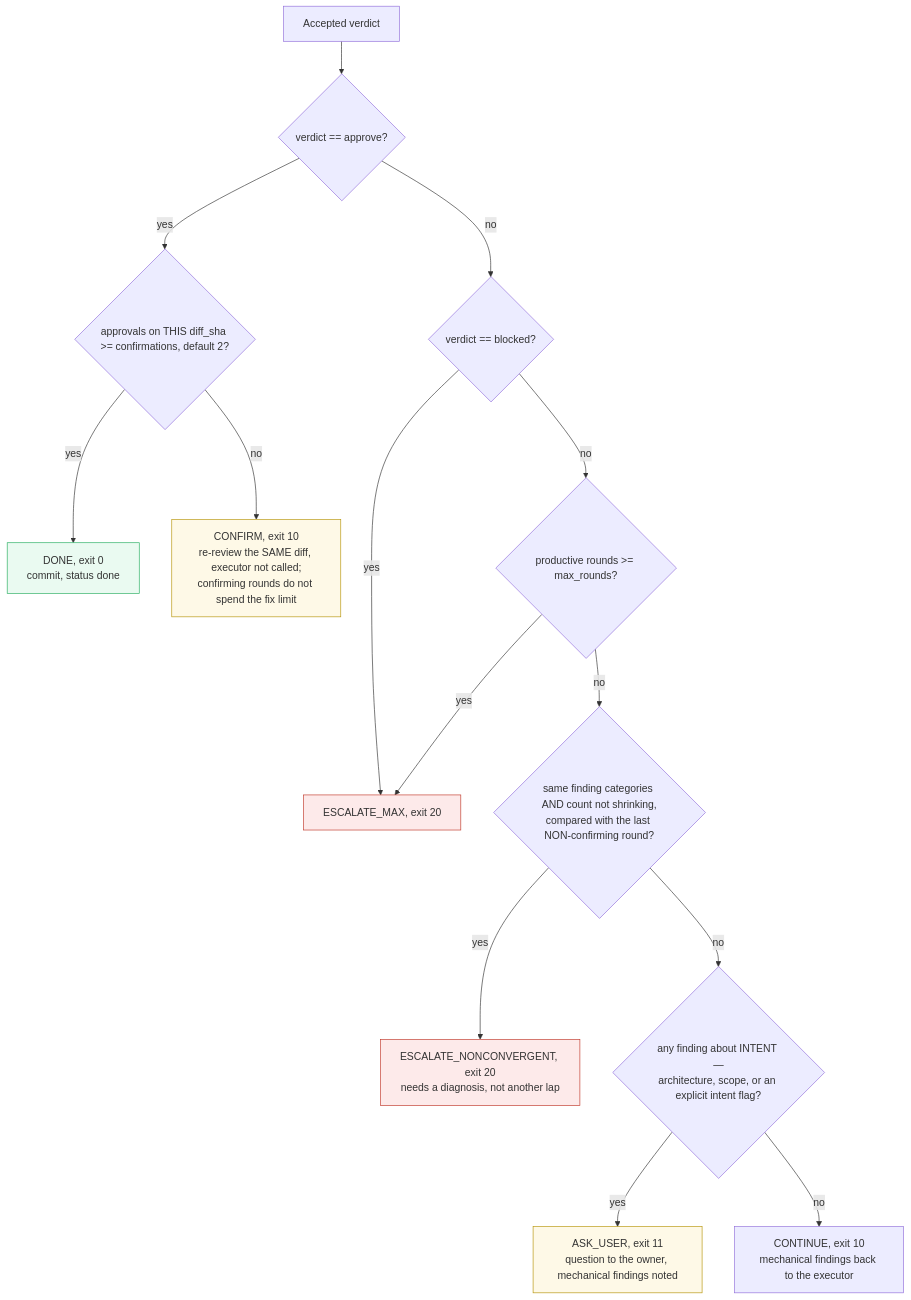
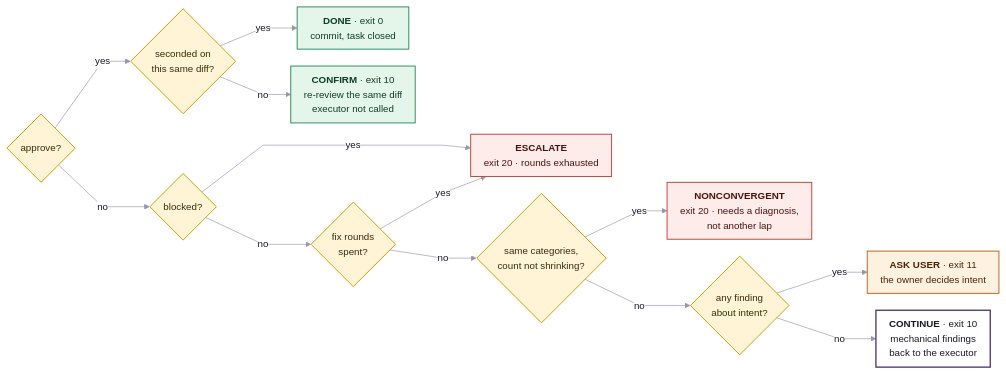
Diagram 11 of 16 in 11-architecture-diagrams.md (Orange-hanter/zairgrush), drawn with Mermaid before and after one commit. The commit also changed other lines of this file, not shown here.

````diff
--- a/11-architecture-diagrams.md
+++ b/11-architecture-diagrams.md
@@ -396,23 +501,36 @@
 ```mermaid
-flowchart TD
-    v["Accepted verdict"] --> a{"verdict == approve?"}
-    a -->|"yes"| cnt{"approvals on THIS diff_sha >= confirmations, default 2?"}
-    cnt -->|"yes"| done["DONE, exit 0<br/>commit, status done"]
-    cnt -->|"no"| cf["CONFIRM, exit 10<br/>re-review the SAME diff, executor not called;<br/>confirming rounds do not spend the fix limit"]
-    a -->|"no"| b{"verdict == blocked?"}
-    b -->|"yes"| em["ESCALATE_MAX, exit 20"]
-    b -->|"no"| rounds{"productive rounds >= max_rounds?"}
-    rounds -->|"yes"| em
-    rounds -->|"no"| nc{"same finding categories AND count not shrinking,<br/>compared with the last NON-confirming round?"}
-    nc -->|"yes"| en["ESCALATE_NONCONVERGENT, exit 20<br/>needs a diagnosis, not another lap"]
-    nc -->|"no"| it{"any finding about INTENT —<br/>architecture, scope, or an explicit intent flag?"}
-    it -->|"yes"| au["ASK_USER, exit 11<br/>question to the owner, mechanical findings noted"]
-    it -->|"no"| cont["CONTINUE, exit 10<br/>mechanical findings back to the executor"]
+%%{init:{"theme":"base","themeVariables":{"fontFamily":"ui-sans-serif,system-ui,-apple-system,Segoe UI,Roboto,sans-serif","fontSize":"15px","primaryColor":"#EFEAF8","primaryTextColor":"#1A1726","primaryBorderColor":"#7A5CB8","lineColor":"#9A93B0","edgeLabelBackground":"#FFFFFF"},"flowchart":{"diagramPadding":26,"curve":"linear","nodeSpacing":26,"rankSpacing":62,"padding":10}}}%%
+flowchart LR
+    a{"approve?"}:::check
+    cnt{"seconded on<br/>this same diff?"}:::check
+    b{"blocked?"}:::check
+    r{"fix rounds<br/>spent?"}:::check
+    nc{"same categories,<br/>count not shrinking?"}:::check
+    it{"any finding<br/>about intent?"}:::check
 
-    classDef good fill:#eafaf1,stroke:#27ae60
-    classDef ask fill:#fef9e7,stroke:#b7950b
-    classDef bad fill:#fdeaea,stroke:#c0392b
-    class done good
-    class au,cf ask
-    class em,en bad
+    done["<b>DONE</b> · exit 0<br/>commit, task closed"]:::good
+    cf["<b>CONFIRM</b> · exit 10<br/>re-review the same diff<br/>executor not called"]:::good
+    em["<b>ESCALATE</b><br/>exit 20 · rounds exhausted"]:::bad
+    en["<b>NONCONVERGENT</b><br/>exit 20 · needs a diagnosis,<br/>not another lap"]:::bad
+    au["<b>ASK USER</b> · exit 11<br/>the owner decides intent"]:::warn
+    cont["<b>CONTINUE</b> · exit 10<br/>mechanical findings<br/>back to the executor"]:::mech
+
+    a -->|"yes"| cnt
+    cnt -->|"yes"| done
+    cnt -->|"no"| cf
+    a -->|"no"| b
+    b -->|"yes"| em
+    b -->|"no"| r
+    r -->|"yes"| em
+    r -->|"no"| nc
+    nc -->|"yes"| en
+    nc -->|"no"| it
+    it -->|"yes"| au
+    it -->|"no"| cont
+
+    classDef check fill:#FFF4D6,stroke:#D19A00,stroke-width:1.5px,color:#3A2C05
+    classDef good fill:#E4F6EA,stroke:#2F8F5F,stroke-width:1.5px,color:#0F3D24
+    classDef bad fill:#FDECEA,stroke:#C2453B,stroke-width:1.5px,color:#4A130E
+    classDef warn fill:#FFF1E0,stroke:#C2661F,stroke-width:1.5px,color:#4A2408
+    classDef mech fill:#FFFFFF,stroke:#4A2E78,stroke-width:2px,color:#1A1726
 ```
````
